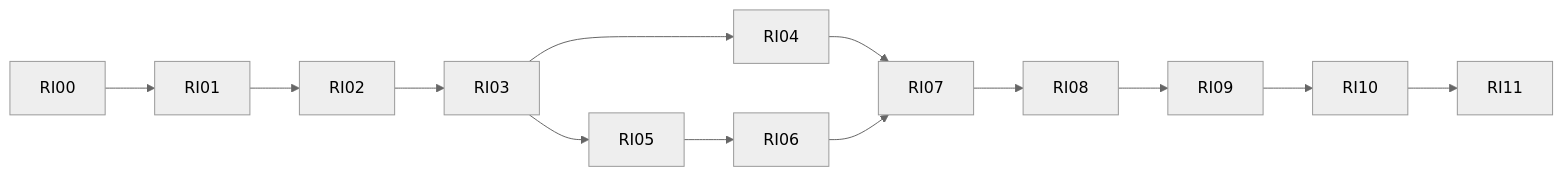
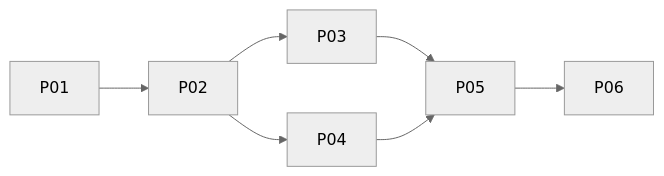
Before and after one commit to miguelurueta/DocuArchiNet: the diagram in Doc/Diagnostico/radicacion-interna/prompts/00-guia-ejecucion.md, drawn with Mermaid (neutral theme). The commit also changed other lines of this file and 18 other files, not shown here.

````diff
--- a/Doc/Diagnostico/radicacion-interna/prompts/00-guia-ejecucion.md
+++ b/Doc/Diagnostico/radicacion-interna/prompts/00-guia-ejecucion.md
@@ -43,7 +37,7 @@
 ```mermaid
 flowchart LR
-    RI00 --> RI01 --> RI02 --> RI03
-    RI03 --> RI04 --> RI07
-    RI03 --> RI05 --> RI06 --> RI07
-    RI07 --> RI08 --> RI09 --> RI10 --> RI11
+    P01 --> P02
+    P02 --> P03 --> P05
+    P02 --> P04 --> P05
+    P05 --> P06
 ```
````
